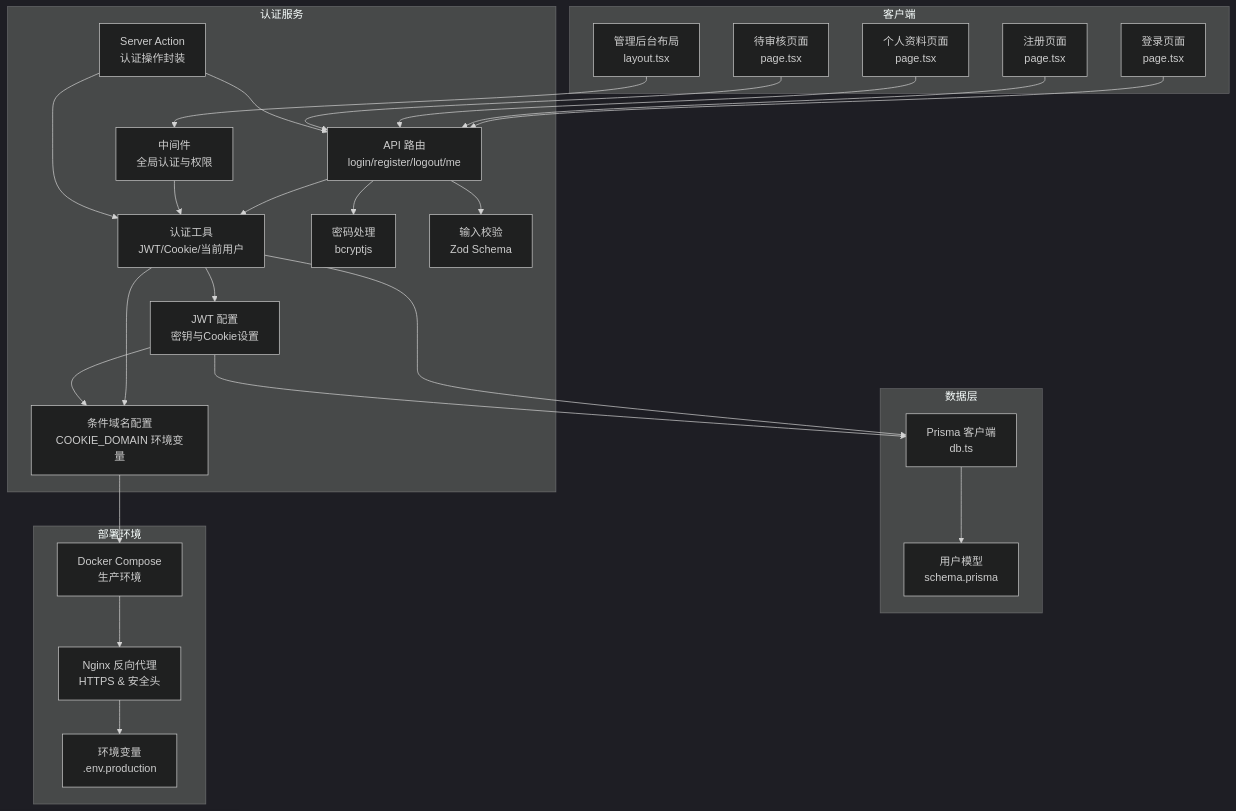
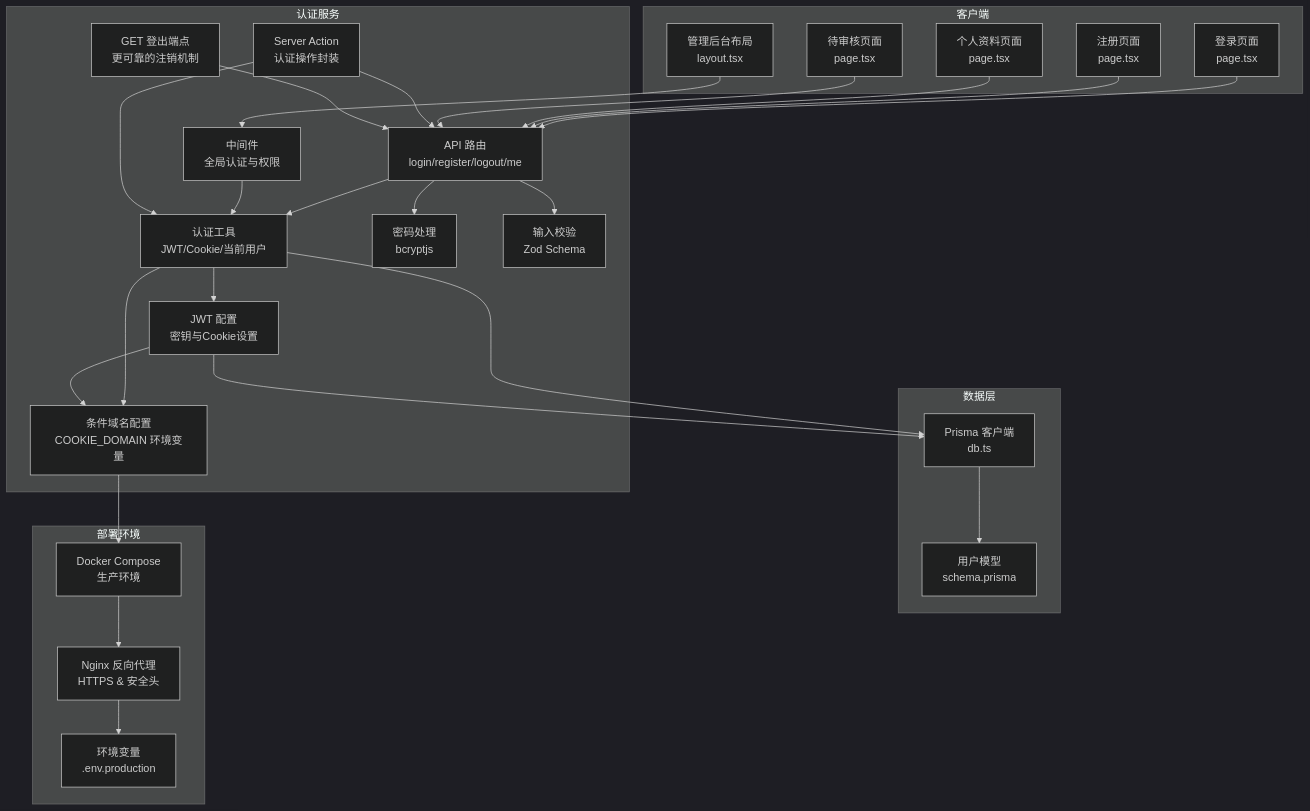
One commit to three3638-arch/celestia_2b changed the first of 7 diagrams in .qoder/repowiki/zh/content/认证系统/认证系统.md. Above: the diagram before and after it, drawn with Mermaid (dark theme). The commit also changed other lines of this file and 6 other files, not shown here.

````diff
--- a/.qoder/repowiki/zh/content/认证系统/认证系统.md
+++ b/.qoder/repowiki/zh/content/认证系统/认证系统.md
@@ -69,49 +71,51 @@
 ```mermaid
 graph TB
 subgraph "认证服务"
 A["API 路由<br/>login/register/logout/me"]
 B["认证工具<br/>JWT/Cookie/当前用户"]
 C["密码处理<br/>bcryptjs"]
 D["输入校验<br/>Zod Schema"]
 E["中间件<br/>全局认证与权限"]
 F["JWT 配置<br/>密钥与Cookie设置"]
 G["条件域名配置<br/>COOKIE_DOMAIN 环境变量"]
 H["Server Action<br/>认证操作封装"]
+I["GET 登出端点<br/>更可靠的注销机制"]
 end
 subgraph "数据层"
-I["Prisma 客户端<br/>db.ts"]
-J["用户模型<br/>schema.prisma"]
+J["Prisma 客户端<br/>db.ts"]
+K["用户模型<br/>schema.prisma"]
 end
 subgraph "客户端"
-K["登录页面<br/>page.tsx"]
-L["注册页面<br/>page.tsx"]
-M["个人资料页面<br/>page.tsx"]
-N["待审核页面<br/>page.tsx"]
-O["管理后台布局<br/>layout.tsx"]
+L["登录页面<br/>page.tsx"]
+M["注册页面<br/>page.tsx"]
+N["个人资料页面<br/>page.tsx"]
+O["待审核页面<br/>page.tsx"]
+P["管理后台布局<br/>layout.tsx"]
 end
 subgraph "部署环境"
-P["Docker Compose<br/>生产环境"]
-Q["Nginx 反向代理<br/>HTTPS & 安全头"]
-R["环境变量<br/>.env.production"]
+Q["Docker Compose<br/>生产环境"]
+R["Nginx 反向代理<br/>HTTPS & 安全头"]
+S["环境变量<br/>.env.production"]
 end
 A --> B
 A --> C
 A --> D
 B --> F
 B --> G
 F --> G
-G --> P
-P --> Q
+G --> Q
 Q --> R
-B --> I
-F --> I
-I --> J
+R --> S
+B --> J
+F --> J
+J --> K
 E --> B
-K --> A
 L --> A
 M --> A
 N --> A
-O --> E
+O --> A
+P --> E
 H --> B
 H --> A
+I --> A
 ```
````
